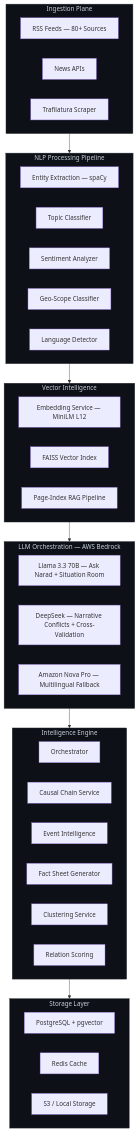
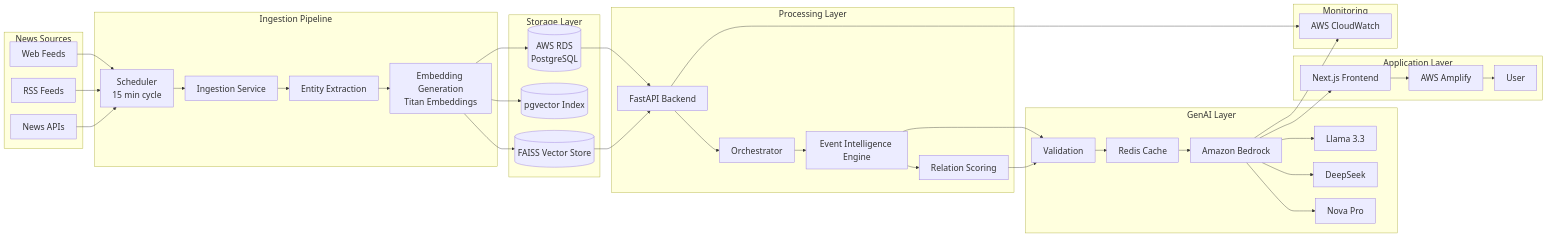
Before and after one commit to oyyPoodles/Narad-GenAI-Powered-News-Intelligence-Platform: the first of 3 diagrams in README.md, drawn with Mermaid. The commit also changed other lines of this file, not shown here.

Commit message:
docs: update architecture diagram

````diff
--- a/README.md
+++ b/README.md
@@ -13,56 +13,69 @@
 ```mermaid
-graph TB
-    subgraph Ingestion["Ingestion Plane"]
-        RSS["RSS Feeds — 80+ Sources"]
-        API["News APIs"]
-        SCRAPER["Trafilatura Scraper"]
-    end
-
-    subgraph NLP["NLP Processing Pipeline"]
-        ENT["Entity Extraction — spaCy"]
-        TOPIC["Topic Classifier"]
-        SENT["Sentiment Analyzer"]
-        GEO["Geo-Scope Classifier"]
-        LANG["Language Detector"]
-    end
-
-    subgraph Vector["Vector Intelligence"]
-        EMB["Embedding Service — MiniLM L12"]
-        FAISS["FAISS Vector Index"]
-        RAG["Page-Index RAG Pipeline"]
-    end
-
-    subgraph LLM["LLM Orchestration — AWS Bedrock"]
-        LLAMA["Llama 3.3 70B — Ask Narad + Situation Room"]
-        DEEP["DeepSeek — Narrative Conflicts + Cross-Validation"]
-        NOVA["Amazon Nova Pro — Multilingual Fallback"]
-    end
-
-    subgraph Intelligence["Intelligence Engine"]
-        ORCH["Orchestrator"]
-        CAUSAL["Causal Chain Service"]
-        EVENTS["Event Intelligence"]
-        FACTS["Fact Sheet Generator"]
-        CLUSTER["Clustering Service"]
-        SCORE["Relation Scoring"]
-    end
-
-    subgraph Storage["Storage Layer"]
-        PG["PostgreSQL + pgvector"]
-        REDIS["Redis Cache"]
-        S3["S3 / Local Storage"]
-    end
-
-    Ingestion --> NLP
-    NLP --> Vector
-    Vector --> LLM
-    LLM --> Intelligence
-    Intelligence --> Storage
-
-    style Ingestion fill:#0d1117,stroke:#30363d,color:#c9d1d9
-    style NLP fill:#0d1117,stroke:#30363d,color:#c9d1d9
-    style Vector fill:#0d1117,stroke:#30363d,color:#c9d1d9
-    style LLM fill:#0d1117,stroke:#30363d,color:#c9d1d9
-    style Intelligence fill:#0d1117,stroke:#30363d,color:#c9d1d9
-    style Storage fill:#0d1117,stroke:#30363d,color:#c9d1d9
+---
+config:
+  theme: default
+  themeVariables:
+    fontSize: 22px
+  flowchart:
+    nodeSpacing: 30
+    rankSpacing: 30
+  layout: fixed
+---
+flowchart LR
+ subgraph A["News Sources"]
+        A1["Web Feeds"]
+        A2["RSS Feeds"]
+        A3["News APIs"]
+  end
+ subgraph B["Ingestion Pipeline"]
+        B1["Scheduler<br>15 min cycle"]
+        B2["Ingestion Service"]
+        B3["Entity Extraction"]
+        B4["Embedding Generation<br>Titan Embeddings"]
+  end
+ subgraph C["Storage Layer"]
+        C1[("AWS RDS<br>PostgreSQL")]
+        C2[("pgvector Index")]
+        C3[("FAISS Vector Store")]
+  end
+ subgraph D["Processing Layer"]
+        D1["FastAPI Backend"]
+        D2["Orchestrator"]
+        D3["Event Intelligence Engine"]
+        D4["Relation Scoring"]
+  end
+ subgraph E["GenAI Layer"]
+        E1["Validation"]
+        E2["Redis Cache"]
+        E3["Amazon Bedrock"]
+        E4["Llama 3.3"]
+        E5["DeepSeek"]
+        E6["Nova Pro"]
+  end
+ subgraph F["Application Layer"]
+        F1["Next.js Frontend"]
+        F2["AWS Amplify"]
+        F3["User"]
+  end
+ subgraph G["Monitoring"]
+        G1["AWS CloudWatch"]
+  end
+    A1 --> B1
+    A2 --> B1
+    A3 --> B1
+    B1 --> B2
+    B2 --> B3
+    B3 --> B4
+    B4 --> C1 & C2 & C3
+    C1 --> D1
+    C3 --> D1
+    D1 --> D2 & G1
+    D2 --> D3
+    D3 --> D4 & E1
+    D4 --> E1
+    E1 --> E2
+    E2 --> E3
+    E3 --> E4 & E5 & E6 & F1 & G1
+    F1 --> F2
+    F2 --> F3
 ```
````
